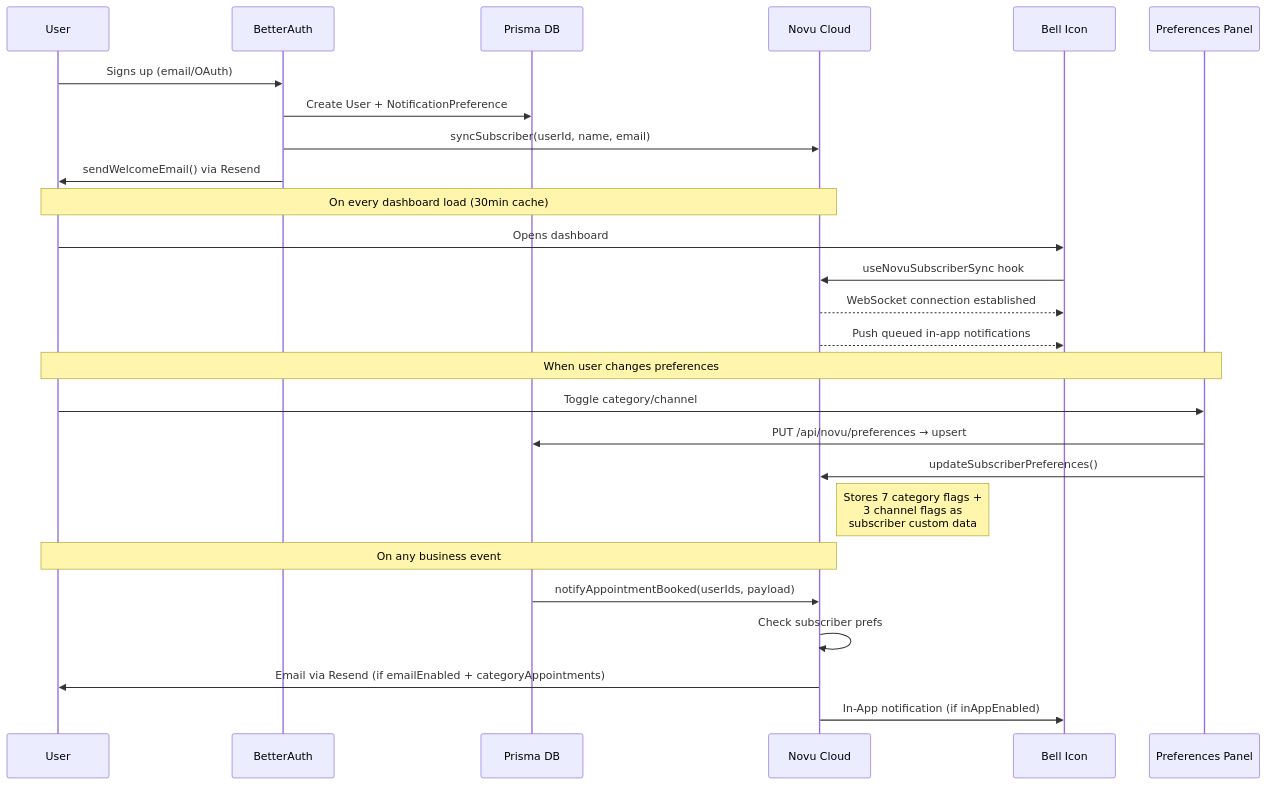
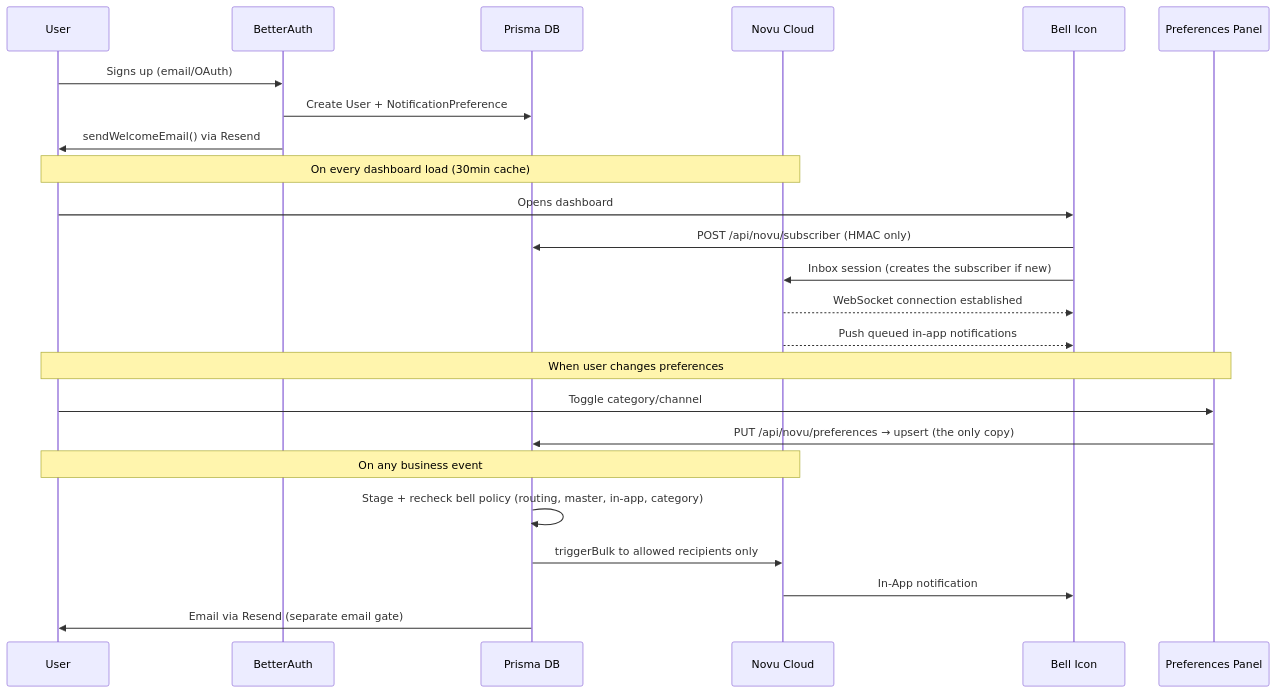
Before and after one commit to Practitionist/familiarise_web: the second of 5 diagrams in docs/notifications/04-ecosystem-architecture.md, drawn with Mermaid. The commit also changed other lines of this file and 7 other files, not shown here.

````diff
--- a/docs/notifications/04-ecosystem-architecture.md
+++ b/docs/notifications/04-ecosystem-architecture.md
@@ -317,32 +317,30 @@
 ```mermaid
 sequenceDiagram
     participant User
     participant Auth as BetterAuth
     participant DB as Prisma DB
     participant Novu as Novu Cloud
     participant Bell as Bell Icon
     participant Prefs as Preferences Panel
 
     User->>Auth: Signs up (email/OAuth)
     Auth->>DB: Create User + NotificationPreference
-    Auth->>Novu: syncSubscriber(userId, name, email)
     Auth->>User: sendWelcomeEmail() via Resend
 
     Note over User,Novu: On every dashboard load (30min cache)
     User->>Bell: Opens dashboard
-    Bell->>Novu: useNovuSubscriberSync hook
+    Bell->>DB: POST /api/novu/subscriber (HMAC only)
+    Bell->>Novu: Inbox session (creates the subscriber if new)
     Novu-->>Bell: WebSocket connection established
     Novu-->>Bell: Push queued in-app notifications
 
     Note over User,Prefs: When user changes preferences
     User->>Prefs: Toggle category/channel
-    Prefs->>DB: PUT /api/novu/preferences → upsert
-    Prefs->>Novu: updateSubscriberPreferences()
-    Note right of Novu: Stores 7 category flags +<br/>3 channel flags as<br/>subscriber custom data
+    Prefs->>DB: PUT /api/novu/preferences → upsert (the only copy)
 
     Note over User,Novu: On any business event
-    DB->>Novu: notifyAppointmentBooked(userIds, payload)
-    Novu->>Novu: Check subscriber prefs
-    Novu->>User: Email via Resend (if emailEnabled + categoryAppointments)
-    Novu->>Bell: In-App notification (if inAppEnabled)
+    DB->>DB: Stage + recheck bell policy (routing, master, in-app, category)
+    DB->>Novu: triggerBulk to allowed recipients only
+    Novu->>Bell: In-App notification
+    DB->>User: Email via Resend (separate email gate)
 ```
````
